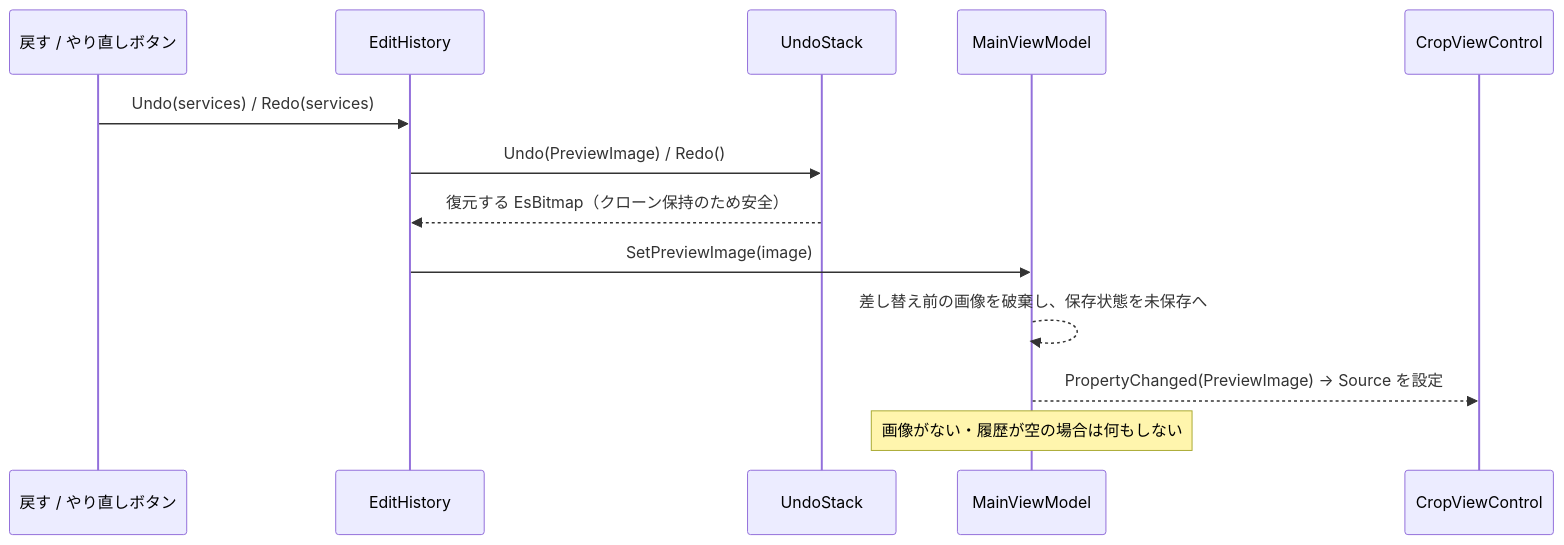
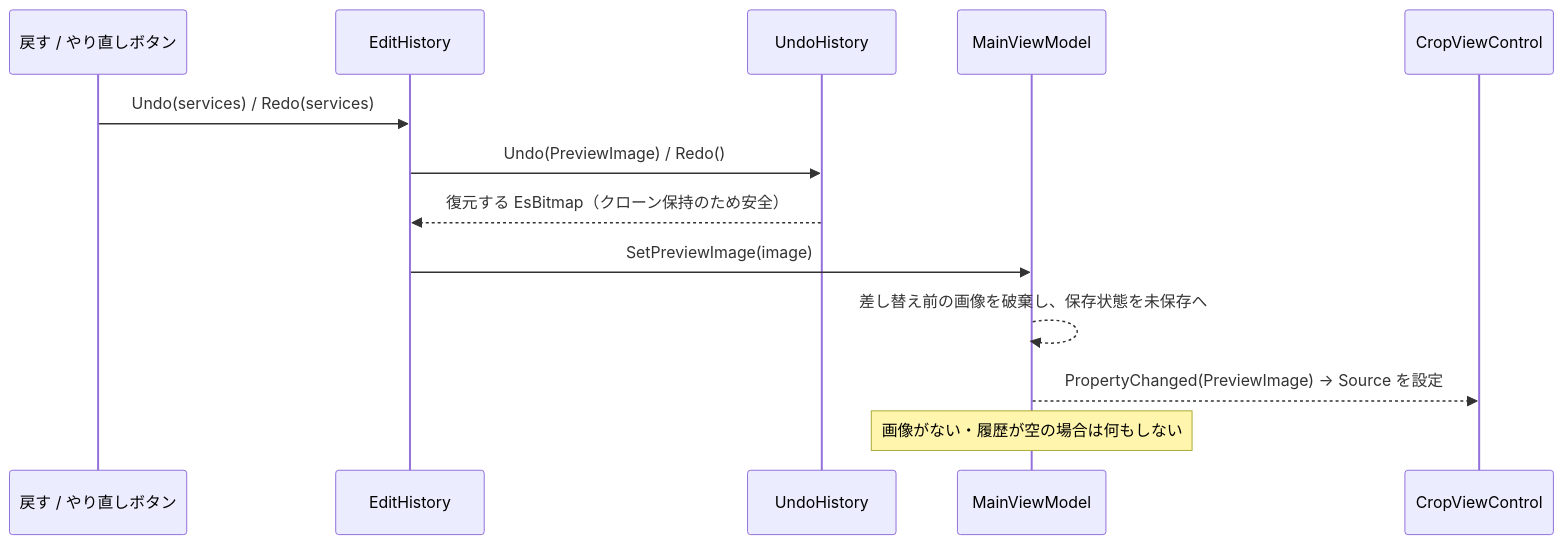
Before and after one commit to tomokuni/SaveEvidence: the seventh of 12 diagrams in src/App.MewUI/docs/SPEC_System.md, drawn with Mermaid. The commit also changed other lines of this file and 93 other files, not shown here.

````diff
--- a/src/App.MewUI/docs/SPEC_System.md
+++ b/src/App.MewUI/docs/SPEC_System.md
@@ -450,16 +450,16 @@
 ```mermaid
 sequenceDiagram
     participant BTN as 戻す / やり直しボタン
     participant EH as EditHistory
-    participant US as UndoStack
+    participant US as UndoHistory
     participant VM as MainViewModel
     participant CV as CropViewControl
 
     BTN->>EH: Undo(services) / Redo(services)
     EH->>US: Undo(PreviewImage) / Redo()
     US-->>EH: 復元する EsBitmap（クローン保持のため安全）
     EH->>VM: SetPreviewImage(image)
     VM-->>VM: 差し替え前の画像を破棄し、保存状態を未保存へ
     VM-->>CV: PropertyChanged(PreviewImage) → Source を設定
     Note over VM: 画像がない・履歴が空の場合は何もしない
 ```
````
